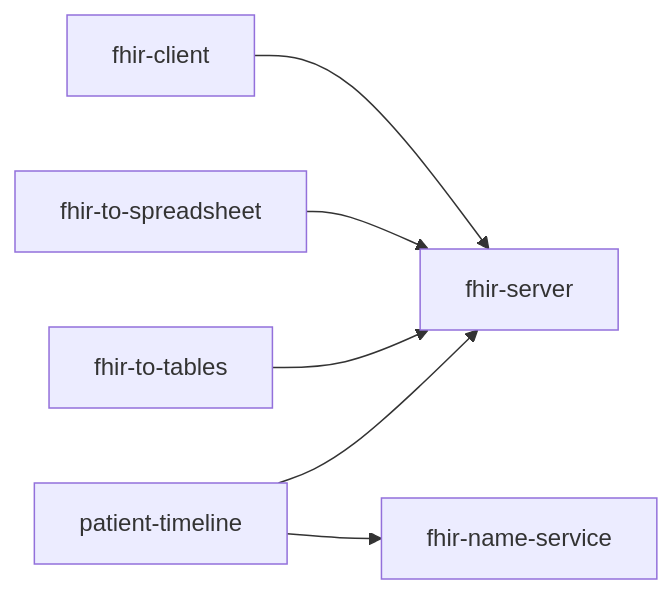
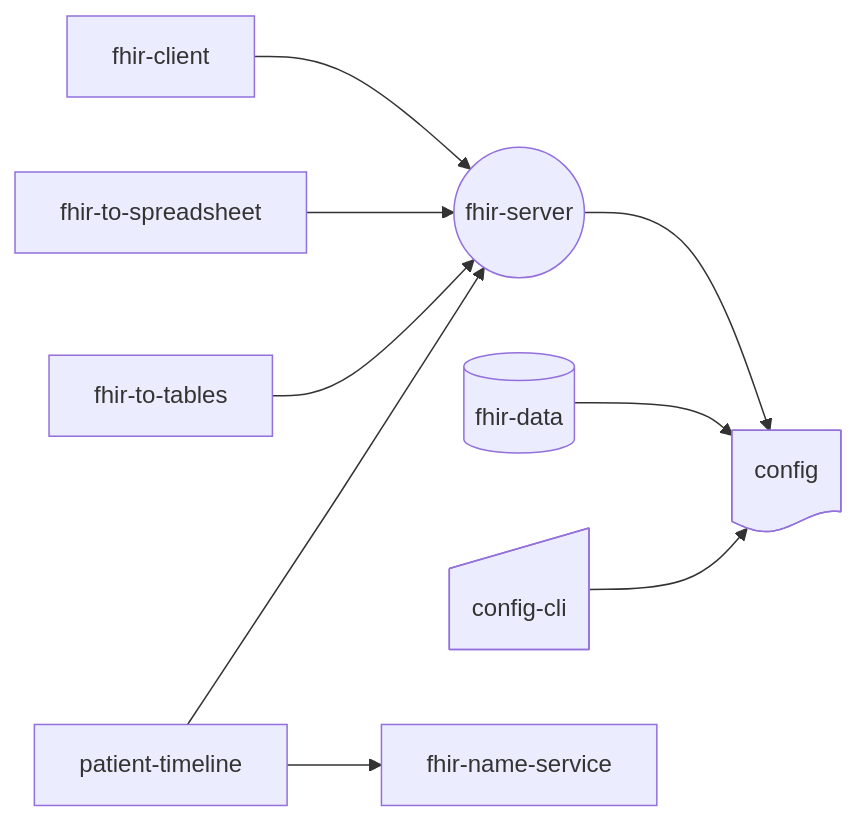
Before and after one commit to willemverbuyst/fhir-placeholder-api: the diagram in README.md, drawn with Mermaid. The commit also changed other lines of this file, not shown here.

Commit message:
docs: update README to include new apps and improve app interactions diagram

````diff
--- a/README.md
+++ b/README.md
@@ -18,8 +20,16 @@
 ```mermaid
 flowchart LR
-  FC[fhir-client] --> FS[fhir-server]
+  C@{shape: doc, label: config}
+  CS@{shape: sl-rect,label: config-cli}
+  FS@{shape: circle, label: fhir-server}
+  DB@{shape: cyl, label: fhir-data}
+  FC@{shape: rect, label: fhir-client}
+  FS --> C
+  DB --> C
+  CS --> C
+  FC --> FS
   FTS[fhir-to-spreadsheet] --> FS
   FTT[fhir-to-tables] --> FS
   PT[patient-timeline] --> FS
   PT --> FNS[fhir-name-service]
 ```
````
